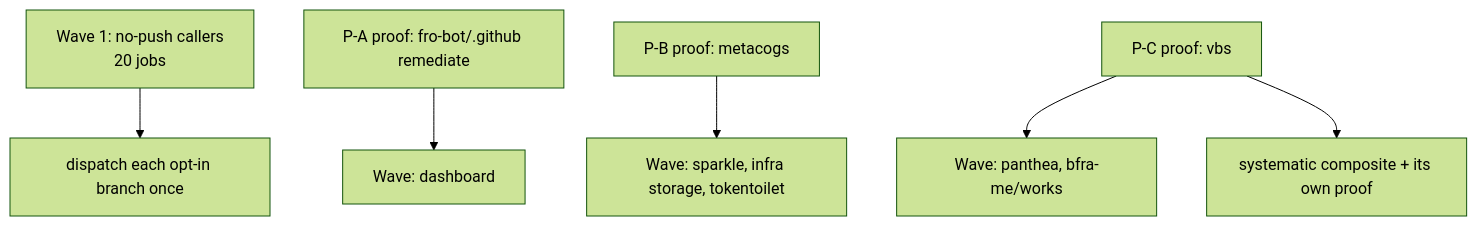
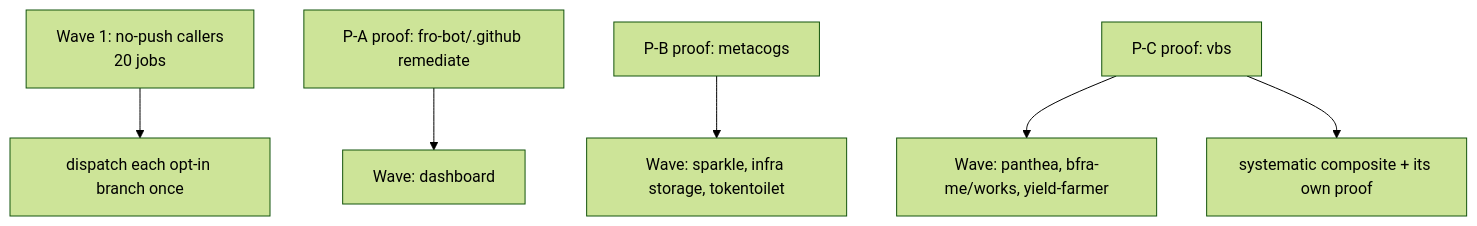
Before and after one commit to fro-bot/agent: the diagram in docs/plans/2026-11-15-001-feat-isolate-agent-owned-caller-rollout-plan.md, drawn with Mermaid (forest theme). The commit also changed other lines of this file, not shown here.

````diff
--- a/docs/plans/2026-11-15-001-feat-isolate-agent-owned-caller-rollout-plan.md
+++ b/docs/plans/2026-11-15-001-feat-isolate-agent-owned-caller-rollout-plan.md
@@ -126,8 +131,8 @@
 ```mermaid
 flowchart TD
   W1[Wave 1: no-push callers\n20 jobs] --> D1[dispatch each opt-in branch once]
   PA[P-A proof: fro-bot/.github remediate] --> W2A[Wave: dashboard]
   PB[P-B proof: metacogs] --> W2B[Wave: sparkle, infra storage, tokentoilet]
-  PC[P-C proof: vbs] --> W2C[Wave: panthea, bfra-me/works]
+  PC[P-C proof: vbs] --> W2C[Wave: panthea, bfra-me/works, yield-farmer]
   PC --> SY[systematic composite + its own proof]
 ```
````
